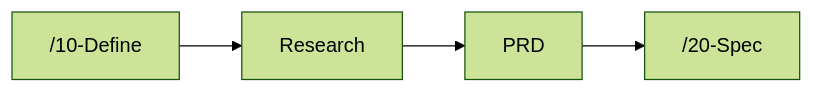
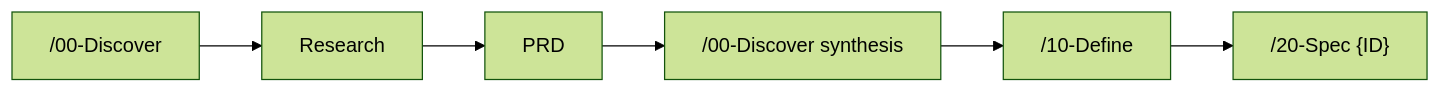
Before and after one commit to Jakkrich/nexus-devflow: the fourth of 5 diagrams in USAGE.md, drawn with Mermaid (forest theme). The commit also changed other lines of this file and 80 other files, not shown here.

````diff
--- a/USAGE.md
+++ b/USAGE.md
@@ -176,6 +182,6 @@
 ```mermaid
 flowchart LR
-    D10["/10-Define"] --> R["Research"]
+    D00["/00-Discover"] --> R["Research"]
     R --> P["PRD"]
-    P --> D20["/20-Spec"]
+    P --> S["/00-Discover synthesis"] --> D10["/10-Define"] --> D20["/20-Spec {ID}"]
 ```
````
